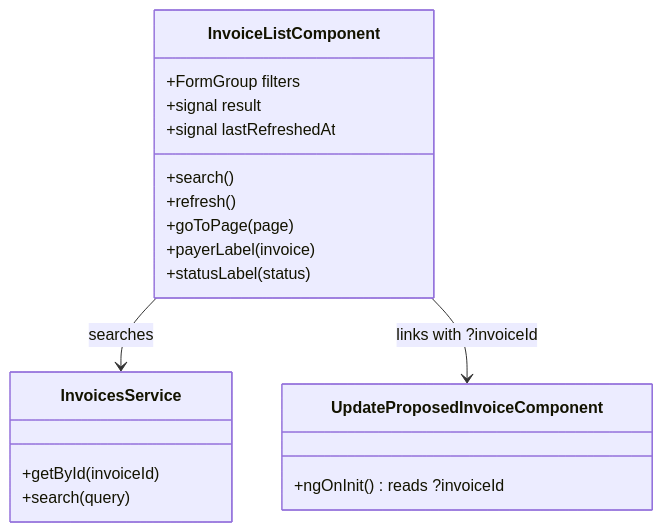
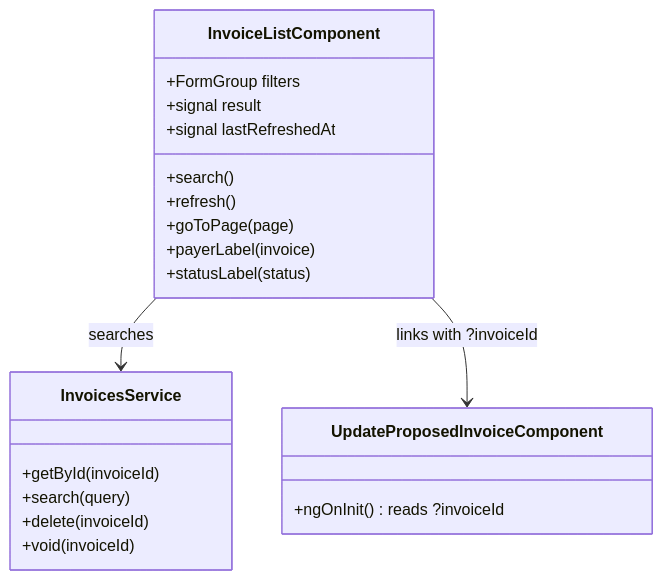
The diagram in docs/specs/rent-agreements/04-invoice-list-ui.md (abhishekchaurasia-tz/rent-schedule-ui), drawn with Mermaid before and after one commit. The commit also changed other lines of this file and 17 other files, not shown here.

````diff
--- a/docs/specs/rent-agreements/04-invoice-list-ui.md
+++ b/docs/specs/rent-agreements/04-invoice-list-ui.md
@@ -133,22 +153,24 @@
 ```mermaid
 classDiagram
     class InvoiceListComponent {
         +FormGroup filters
         +signal result
         +signal lastRefreshedAt
         +search()
         +refresh()
         +goToPage(page)
         +payerLabel(invoice)
         +statusLabel(status)
     }
     class InvoicesService {
         +getById(invoiceId)
         +search(query)
+        +delete(invoiceId)
+        +void(invoiceId)
     }
     class UpdateProposedInvoiceComponent {
         +ngOnInit() reads ?invoiceId
     }
     InvoiceListComponent --> InvoicesService : searches
     InvoiceListComponent --> UpdateProposedInvoiceComponent : links with ?invoiceId
 ```
````
